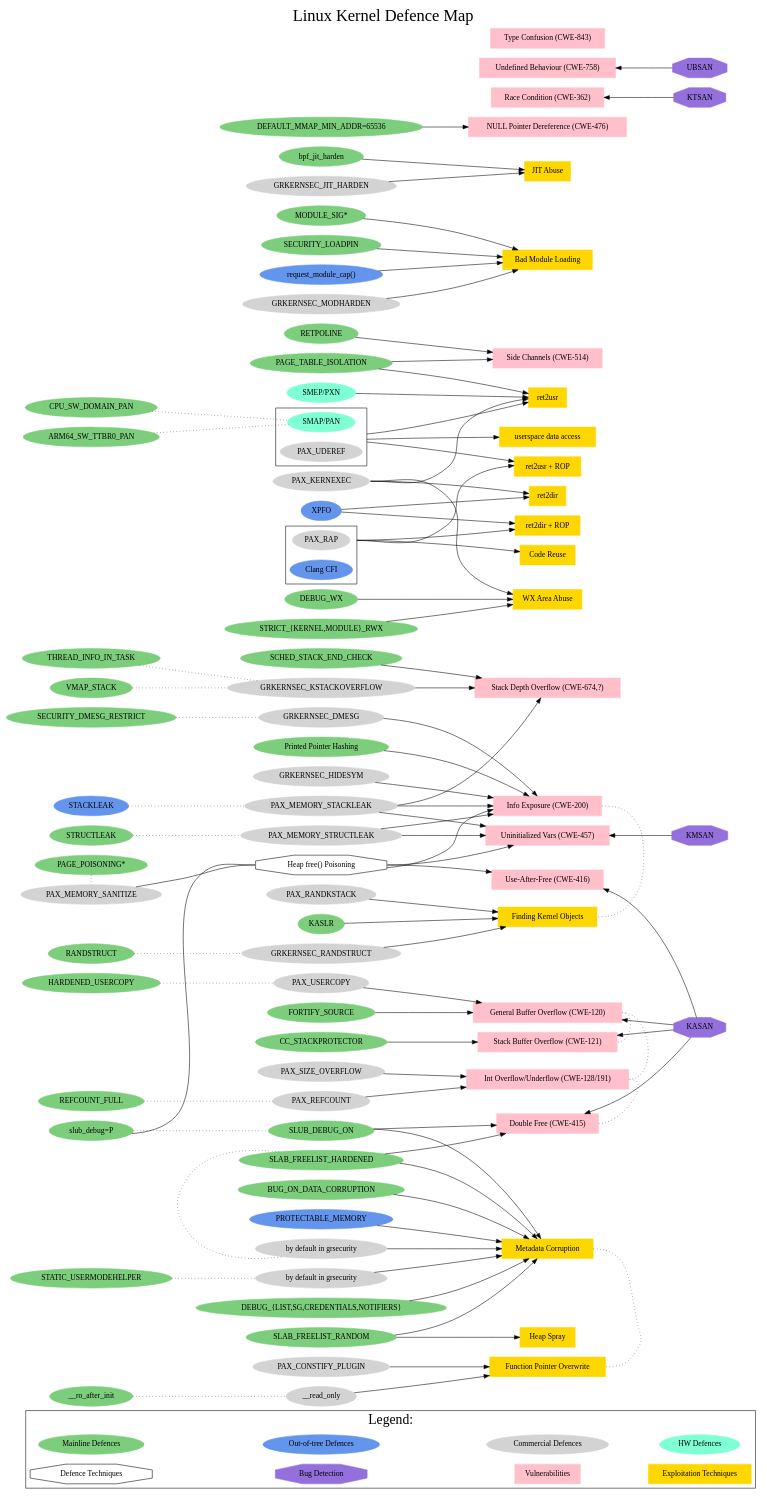
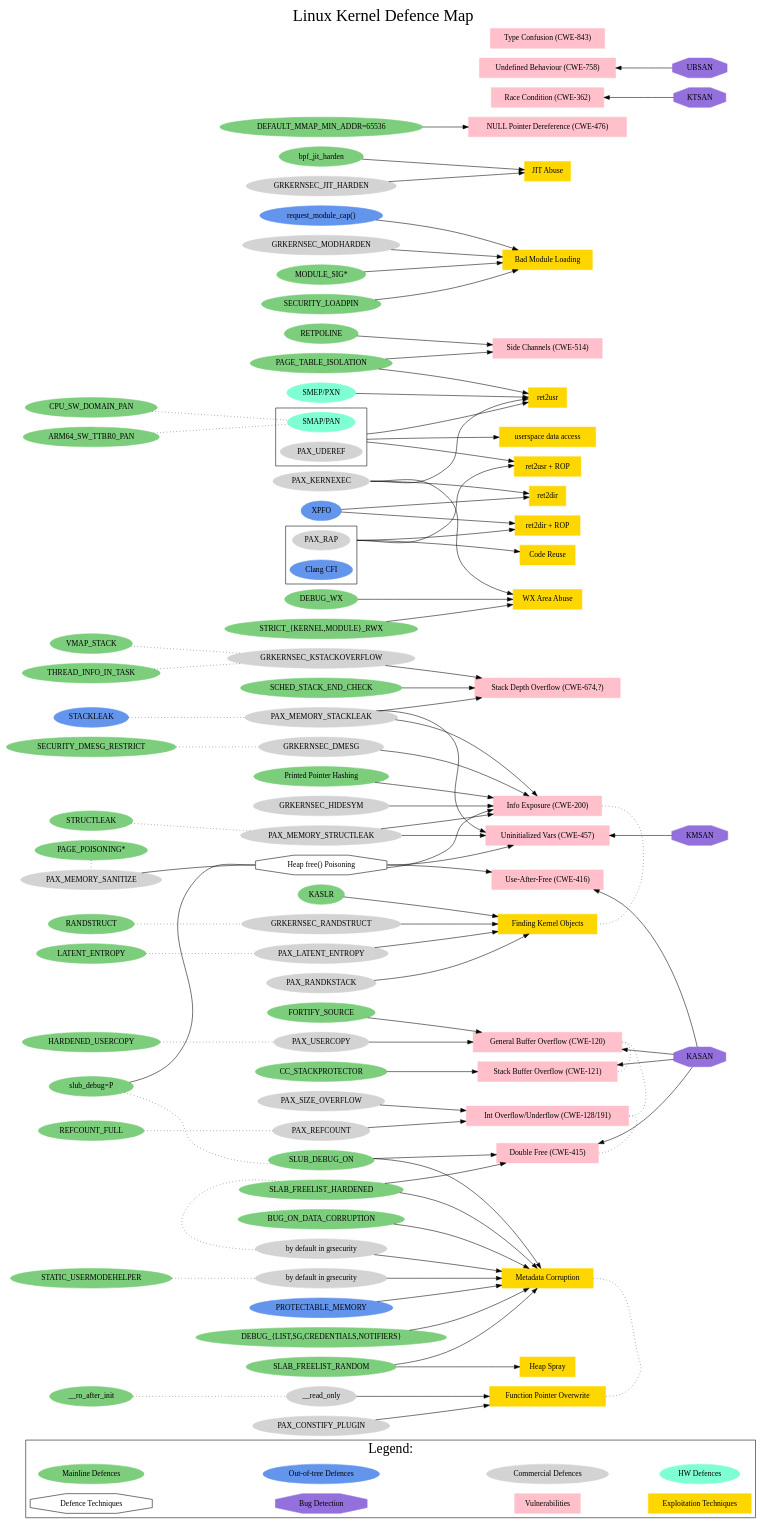
Before and after one commit to a13xp0p0v/linux-kernel-defence-map: the diagram in linux-kernel-defence-map.dot, drawn with Graphviz.

Commit message:
Add LATENT_ENTROPY gcc plugin

```diff
--- a/linux-kernel-defence-map.dot
+++ b/linux-kernel-defence-map.dot
@@ -103,6 +103,7 @@
     "PAX_KERNEXEC";
     "GRKERNSEC_HIDESYM";
     "GRKERNSEC_RANDSTRUCT";
+    "PAX_LATENT_ENTROPY";
     "PAX_CONSTIFY_PLUGIN";
     "PAX_RANDKSTACK";
     "GRKERNSEC_JIT_HARDEN";
@@ -144,6 +145,7 @@
     "THREAD_INFO_IN_TASK";
     "RANDSTRUCT";
     "STRUCTLEAK";
+    "LATENT_ENTROPY";
     "__ro_after_init";
     "SECURITY_DMESG_RESTRICT";
     "CPU_SW_DOMAIN_PAN";
@@ -168,6 +170,7 @@
   "THREAD_INFO_IN_TASK" -> "GRKERNSEC_KSTACKOVERFLOW";
   "RANDSTRUCT" -> "GRKERNSEC_RANDSTRUCT";
   "STRUCTLEAK" -> "PAX_MEMORY_STRUCTLEAK";
+  "LATENT_ENTROPY" -> "PAX_LATENT_ENTROPY";
   "__ro_after_init" -> "__read_only";
   "SECURITY_DMESG_RESTRICT" -> "GRKERNSEC_DMESG";
   "STACKLEAK" -> "PAX_MEMORY_STACKLEAK";
@@ -318,6 +321,7 @@
   "KASLR" -> "Finding Kernel Objects";
   "GRKERNSEC_RANDSTRUCT" -> "Finding Kernel Objects";
   "PAX_RANDKSTACK" -> "Finding Kernel Objects";
+  "PAX_LATENT_ENTROPY" -> "Finding Kernel Objects";
 
   "GRKERNSEC_JIT_HARDEN" -> "JIT Abuse";
   "bpf_jit_harden" -> "JIT Abuse";
```
